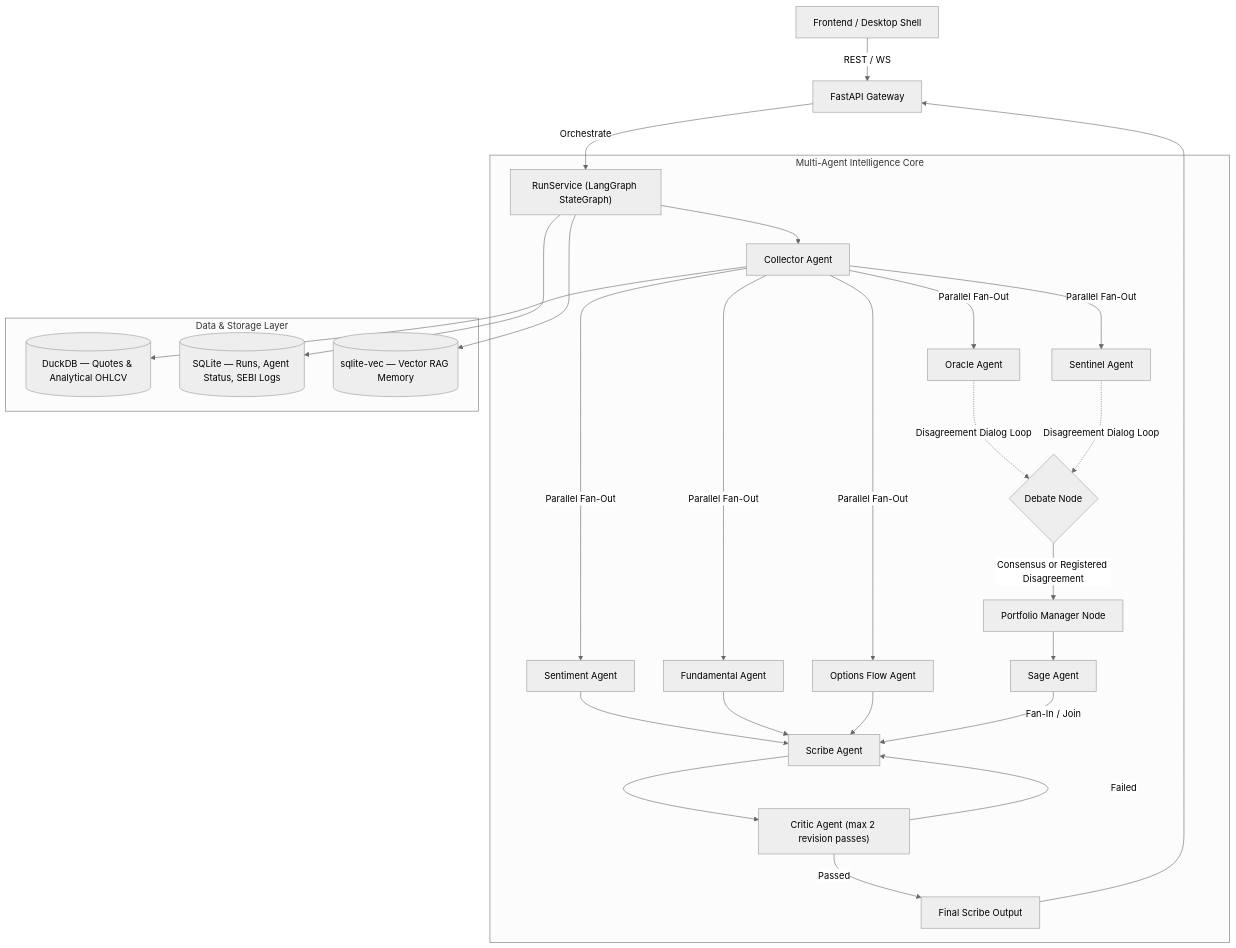
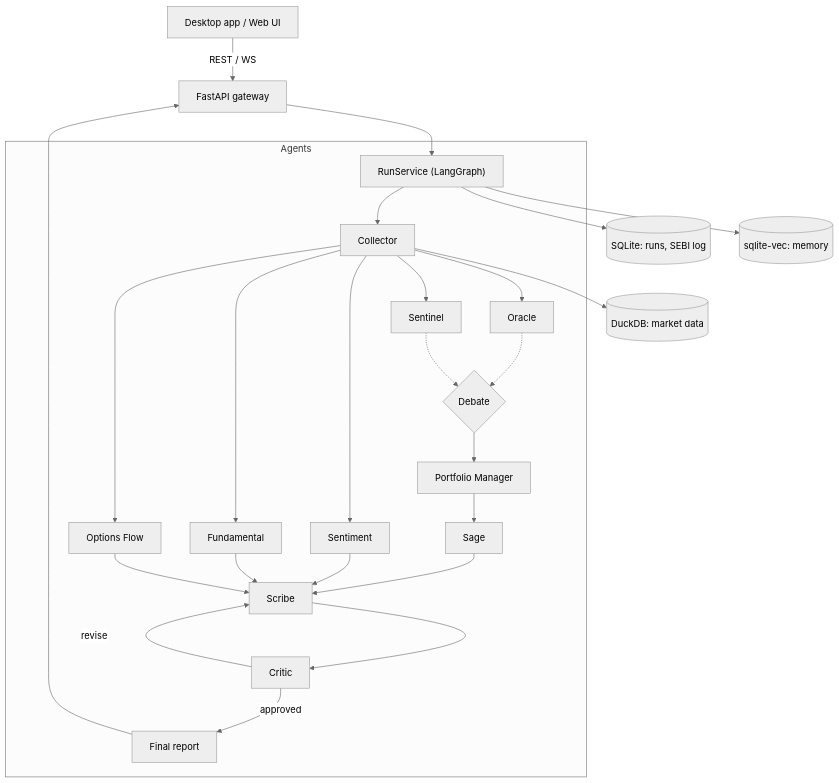
The diagram in README.md (AbsSadhu/Aletheia), drawn with Mermaid (neutral theme) before and after one commit. The commit also changed other lines of this file and 14 other files, not shown here.

First line of the commit message:
docs: rewrite the README for installing and using the desktop app; refresh screenshots; update the security policy

````diff
--- a/README.md
+++ b/README.md
@@ -145,39 +112,30 @@
 ```mermaid
 graph TD
-    UI["Frontend / Desktop Shell"] -->|REST / WS| API["FastAPI Gateway"]
-    API -->|Orchestrate| Engine["RunService (LangGraph StateGraph)"]
+    UI["Desktop app / Web UI"] -->|REST / WS| API["FastAPI gateway"]
+    API --> Engine["RunService (LangGraph)"]
 
-    subgraph Multi-Agent Intelligence Core
-        Engine --> Collector["Collector Agent"]
-
-        Collector -->|Parallel Fan-Out| Oracle["Oracle Agent"]
-        Collector -->|Parallel Fan-Out| Sentinel["Sentinel Agent"]
-        Collector -->|Parallel Fan-Out| Sentiment["Sentiment Agent"]
-        Collector -->|Parallel Fan-Out| Fundamental["Fundamental Agent"]
-        Collector -->|Parallel Fan-Out| OptionsFlow["Options Flow Agent"]
-
-        Oracle -.->|Disagreement Dialog Loop| DebateNode{"Debate Node"}
-        Sentinel -.->|Disagreement Dialog Loop| DebateNode
-
-        DebateNode -->|Consensus or Registered Disagreement| PMNode["Portfolio Manager Node"]
+    subgraph Agents
+        Engine --> Collector
+        Collector --> Oracle
+        Collector --> Sentinel
+        Collector --> Sentiment
+        Collector --> Fundamental
+        Collector --> OptionsFlow["Options Flow"]
+        Oracle -.-> Debate{"Debate"}
+        Sentinel -.-> Debate
+        Debate --> PM["Portfolio Manager"]
+        PM --> Sage
+        Sage --> Scribe
         Sentiment --> Scribe
         Fundamental --> Scribe
         OptionsFlow --> Scribe
-
-        PMNode --> Sage["Sage Agent"]
-
-        Sage -->|Fan-In / Join| Scribe["Scribe Agent"]
-        Scribe --> Critic["Critic Agent (max 2 revision passes)"]
-
-        Critic -->|Failed| Scribe
-        Critic -->|Passed| FinalOutput["Final Scribe Output"]
+        Scribe --> Critic
+        Critic -->|revise| Scribe
+        Critic -->|approved| Final["Final report"]
     end
 
-    subgraph Data & Storage Layer
-        Collector --> DuckDB[("DuckDB — Quotes & Analytical OHLCV")]
-        Engine --> SQLite[("SQLite — Runs, Agent Status, SEBI Logs")]
-        Engine --> VecStore[("sqlite-vec — Vector RAG Memory")]
-    end
-
-    FinalOutput --> API
+    Collector --> DuckDB[("DuckDB: market data")]
+    Engine --> SQLite[("SQLite: runs, SEBI log")]
+    Engine --> Vec[("sqlite-vec: memory")]
+    Final --> API
 ```
````
